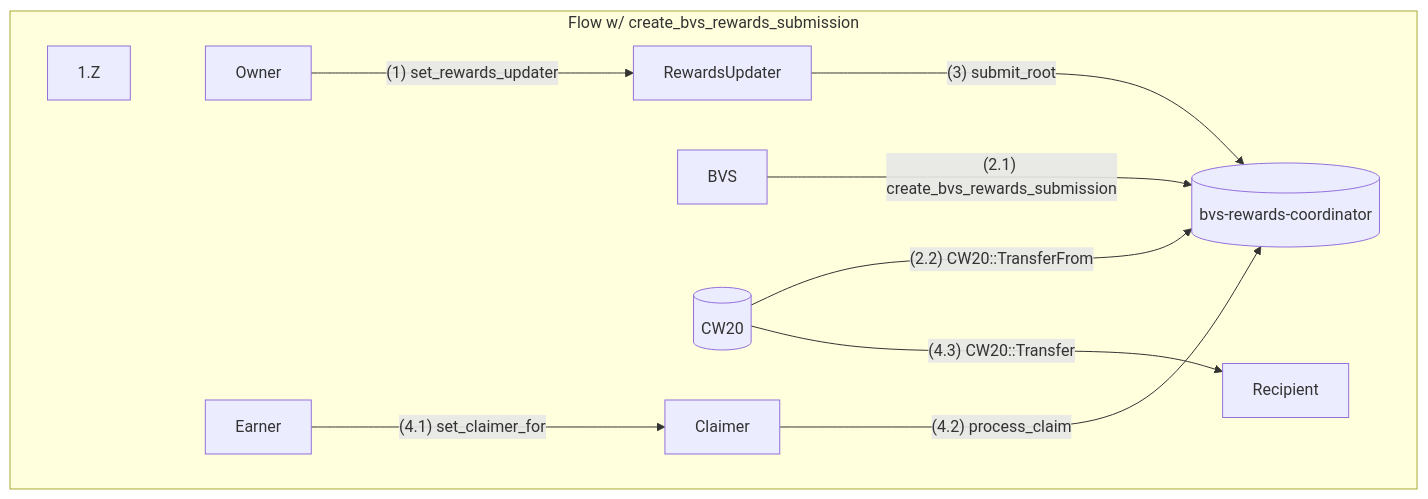
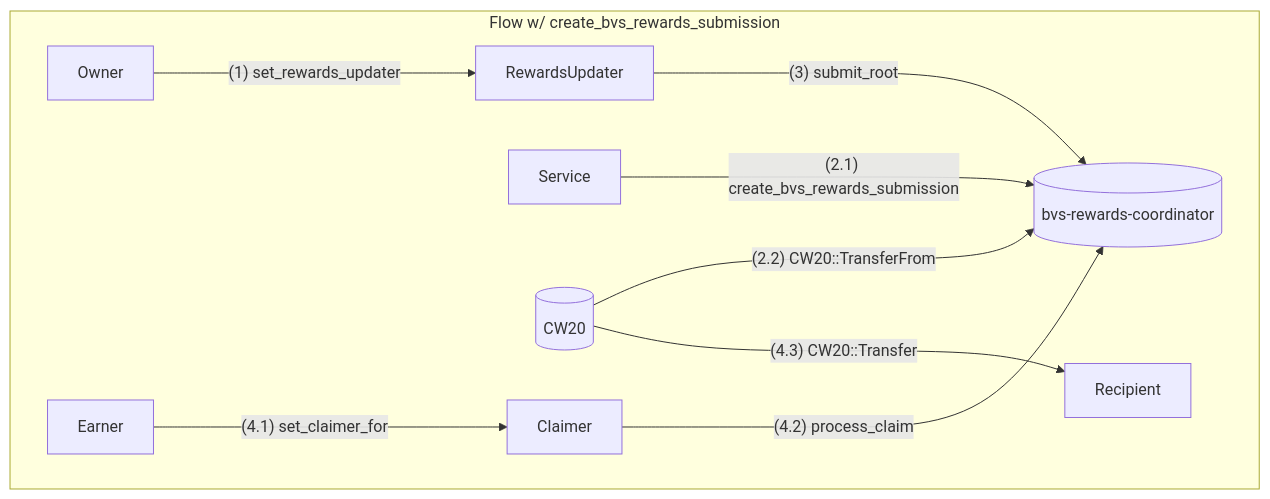
The diagram in crates/bvs-rewards-coordinator/README.md (satlayer/satlayer-bvs), drawn with Mermaid before and after one commit. The commit also changed other lines of this file, not shown here.

````diff
--- a/crates/bvs-rewards-coordinator/README.md
+++ b/crates/bvs-rewards-coordinator/README.md
@@ -22,24 +25,22 @@
 ```mermaid
 flowchart TD
     subgraph 1["Flow w/ create_bvs_rewards_submission"]
     %% Nodes
     1.A[Owner]
     1.B[(bvs-rewards-coordinator)]
     1.C[RewardsUpdater]
     1.D[Earner]
     1.E[Claimer]
-    1.F[BVS]
+    1.F[Service]
     1.G[(CW20)]
     1.H[Recipient]
-    %% Padding to prevent overlap in text
-    1.Z:::hidden ~~~ 1.A
 
     1.A ---> |"(1) set_rewards_updater"| 1.C
     1.F ---> |"(2.1) create_bvs_rewards_submission"| 1.B
     1.G ---> |"(2.2) CW20::TransferFrom"| 1.B
     1.C ---> |"(3) submit_root"| 1.B
     1.D ---> |"(4.1) set_claimer_for"| 1.E
     1.E ---> |"(4.2) process_claim"| 1.B
     1.G ---> |"(4.3) CW20::Transfer"|1.H
     end
 ```
````
